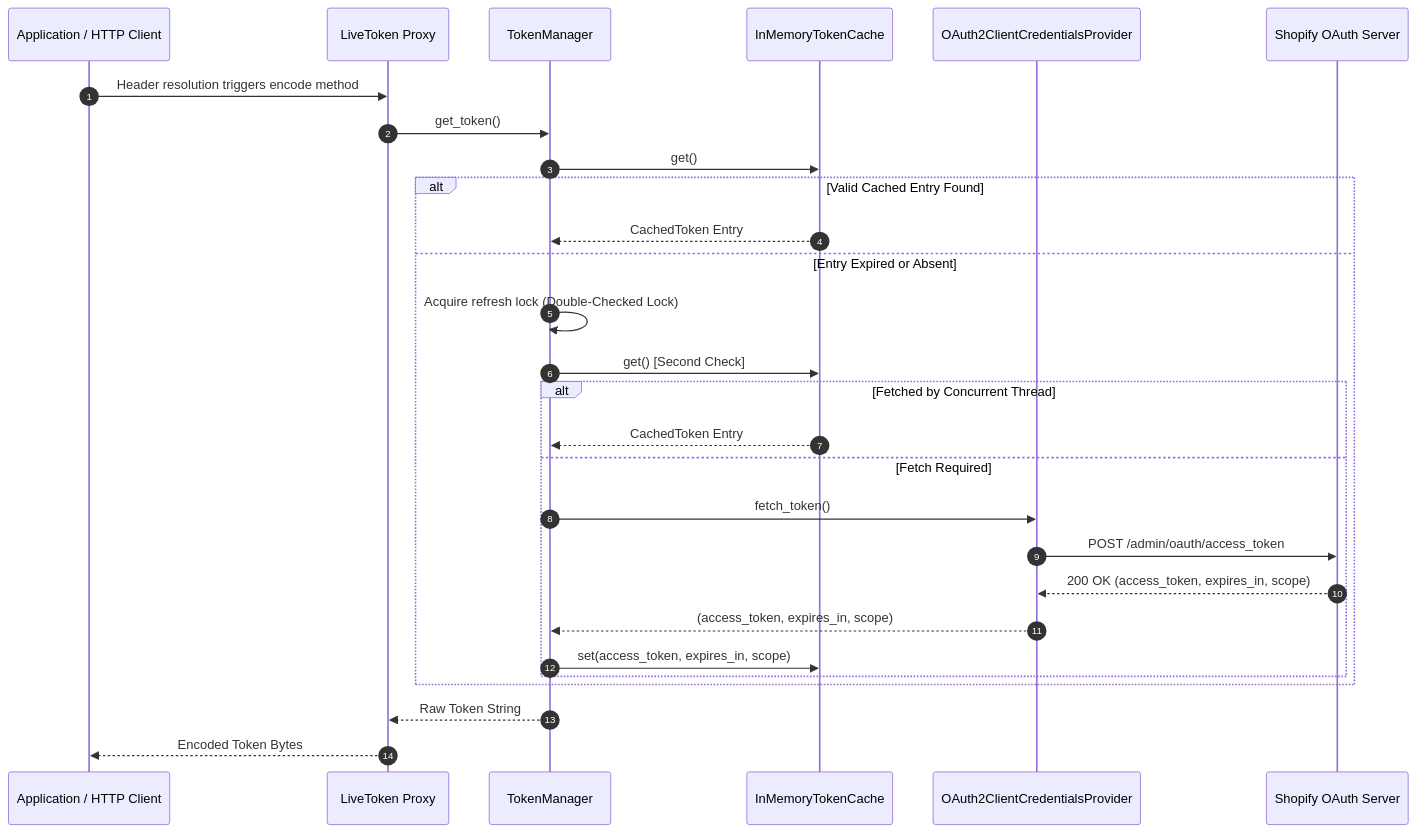
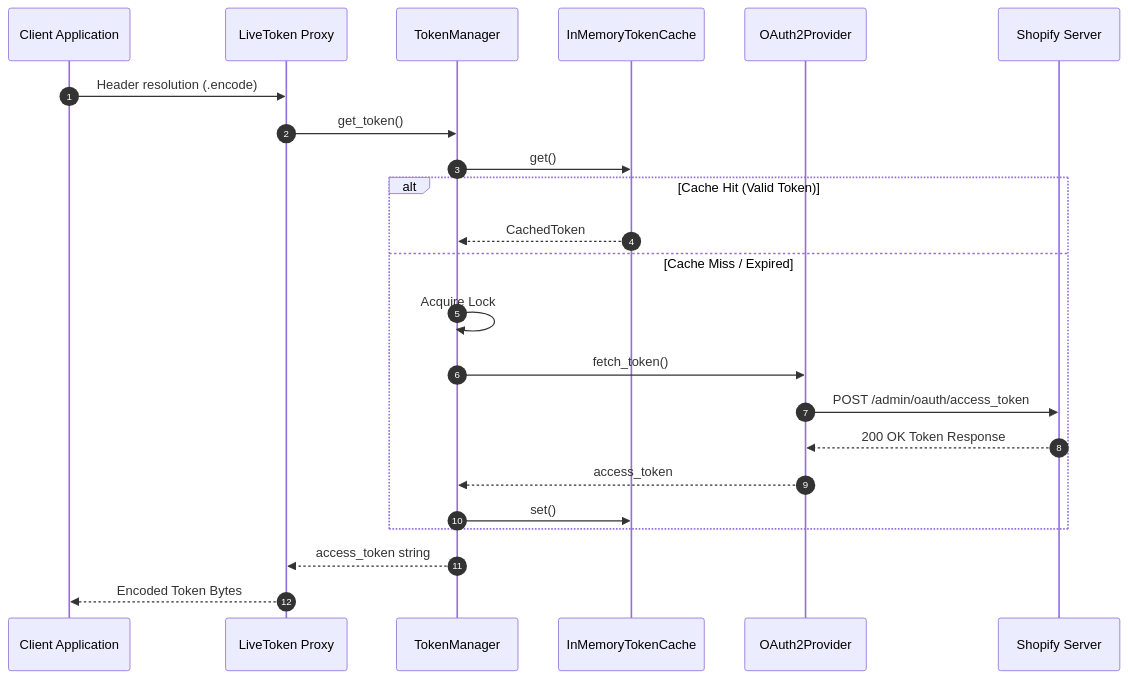
The second of 3 diagrams in README.md (AhmadHassan-BTed/ShopifyAutoAuth), drawn with Mermaid before and after one commit. The commit also changed other lines of this file, not shown here.

Commit message:
docs: fix Mermaid syntax for web renderer and document PyPA src layout rationale

````diff
--- a/README.md
+++ b/README.md
@@ -183,33 +182,28 @@
 ```mermaid
 sequenceDiagram
     autonumber
-    participant Client as Application / HTTP Client
+    participant App as Client Application
     participant Proxy as LiveToken Proxy
     participant Manager as TokenManager
     participant Cache as InMemoryTokenCache
-    participant Provider as OAuth2ClientCredentialsProvider
-    participant Shopify as Shopify OAuth Server
+    participant Provider as OAuth2Provider
+    participant Shopify as Shopify Server
 
-    Client->>Proxy: Header resolution triggers encode method
+    App->>Proxy: Header resolution (.encode)
     Proxy->>Manager: get_token()
     Manager->>Cache: get()
     
-    alt Valid Cached Entry Found
-        Cache-->>Manager: CachedToken Entry
-    else Entry Expired or Absent
-        Manager->>Manager: Acquire refresh lock (Double-Checked Lock)
-        Manager->>Cache: get() [Second Check]
-        alt Fetched by Concurrent Thread
-            Cache-->>Manager: CachedToken Entry
-        else Fetch Required
-            Manager->>Provider: fetch_token()
-            Provider->>Shopify: POST /admin/oauth/access_token
-            Shopify-->>Provider: 200 OK (access_token, expires_in, scope)
-            Provider-->>Manager: (access_token, expires_in, scope)
-            Manager->>Cache: set(access_token, expires_in, scope)
-        end
+    alt Cache Hit (Valid Token)
+        Cache-->>Manager: CachedToken
+    else Cache Miss / Expired
+        Manager->>Manager: Acquire Lock
+        Manager->>Provider: fetch_token()
+        Provider->>Shopify: POST /admin/oauth/access_token
+        Shopify-->>Provider: 200 OK Token Response
+        Provider-->>Manager: access_token
+        Manager->>Cache: set()
     end
     
-    Manager-->>Proxy: Raw Token String
-    Proxy-->>Client: Encoded Token Bytes
+    Manager-->>Proxy: access_token string
+    Proxy-->>App: Encoded Token Bytes
 ```
````
